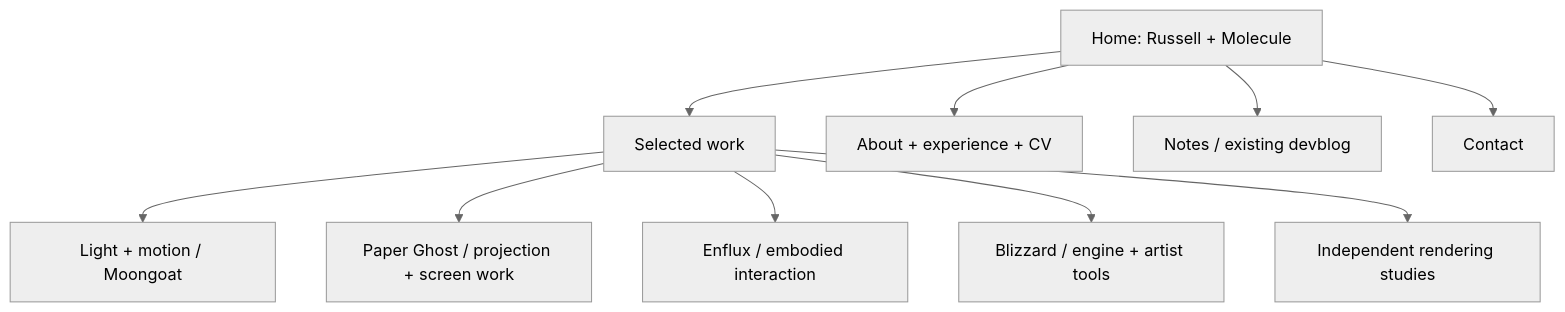
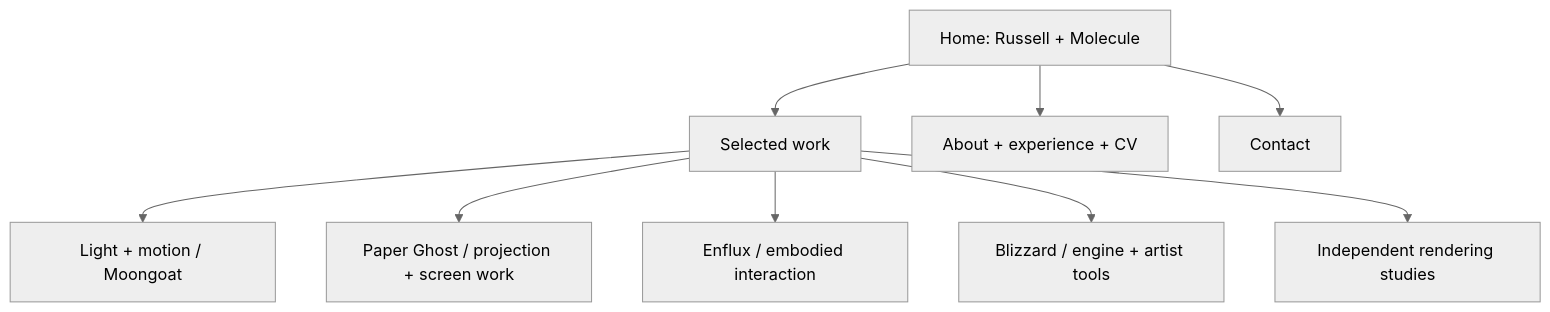
One commit to MoleculeTechnology/MoleculeTechnology.github.io changed the diagram in docs/portfolio/04-information-architecture.md. Above: the diagram before and after it, drawn with Mermaid (neutral theme). The commit also changed other lines of this file and 37 other files, not shown here.

````diff
--- a/docs/portfolio/04-information-architecture.md
+++ b/docs/portfolio/04-information-architecture.md
@@ -18,12 +20,11 @@
 ```mermaid
 flowchart TD
     H[Home: Russell + Molecule] --> W[Selected work]
     H --> A[About + experience + CV]
-    H --> N[Notes / existing devblog]
     H --> C[Contact]
     W --> M[Light + motion / Moongoat]
     W --> P[Paper Ghost / projection + screen work]
     W --> E[Enflux / embodied interaction]
     W --> B[Blizzard / engine + artist tools]
     W --> R[Independent rendering studies]
 ```
````
